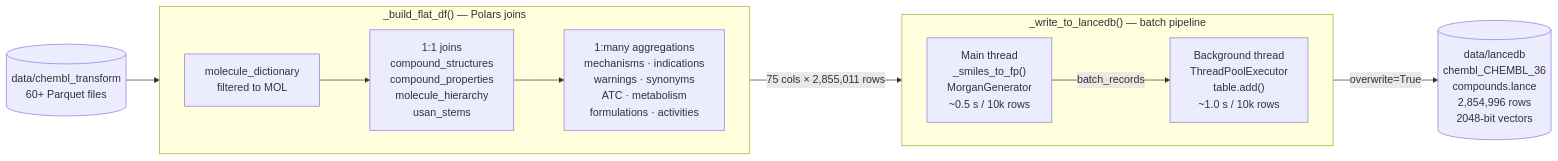
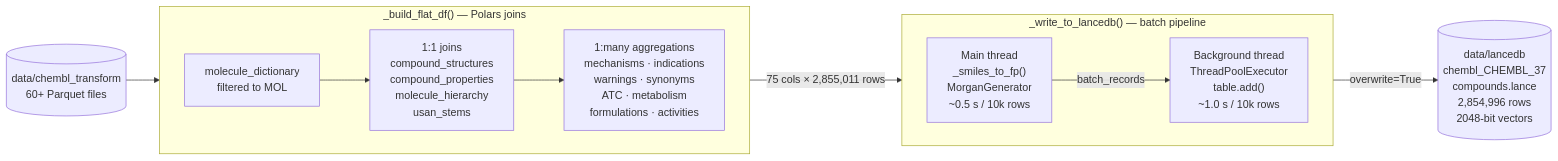
Before and after one commit to AymanSulaiman/chem_mlops: the diagram in app/scripts/flows/vector_store/README.md, drawn with Mermaid. The commit also changed other lines of this file and 19 other files, not shown here.

````diff
--- a/app/scripts/flows/vector_store/README.md
+++ b/app/scripts/flows/vector_store/README.md
@@ -31,21 +31,21 @@
 ```mermaid
 flowchart LR
     PQ[(data/chembl_transform\n60+ Parquet files)]
 
     subgraph build ["_build_flat_df()  —  Polars joins"]
         direction LR
         B1[molecule_dictionary\nfiltered to MOL] --> J1[1:1 joins\ncompound_structures\ncompound_properties\nmolecule_hierarchy\nusan_stems]
         J1 --> J2[1:many aggregations\nmechanisms · indications\nwarnings · synonyms\nATC · metabolism\nformulations · activities]
     end
 
     subgraph write ["_write_to_lancedb()  —  batch pipeline"]
         direction LR
         FP["Main thread\n_smiles_to_fp()\nMorganGenerator\n~0.5 s / 10k rows"] -->|batch_records| TH["Background thread\nThreadPoolExecutor\ntable.add()\n~1.0 s / 10k rows"]
     end
 
-    LDB[(data/lancedb\nchembl_CHEMBL_36\ncompounds.lance\n2,854,996 rows\n2048-bit vectors)]
+    LDB[(data/lancedb\nchembl_CHEMBL_37\ncompounds.lance\n2,854,996 rows\n2048-bit vectors)]
 
     PQ --> build
     build -->|"75 cols × 2,855,011 rows"| write
     write -->|overwrite=True| LDB
 ```
````
